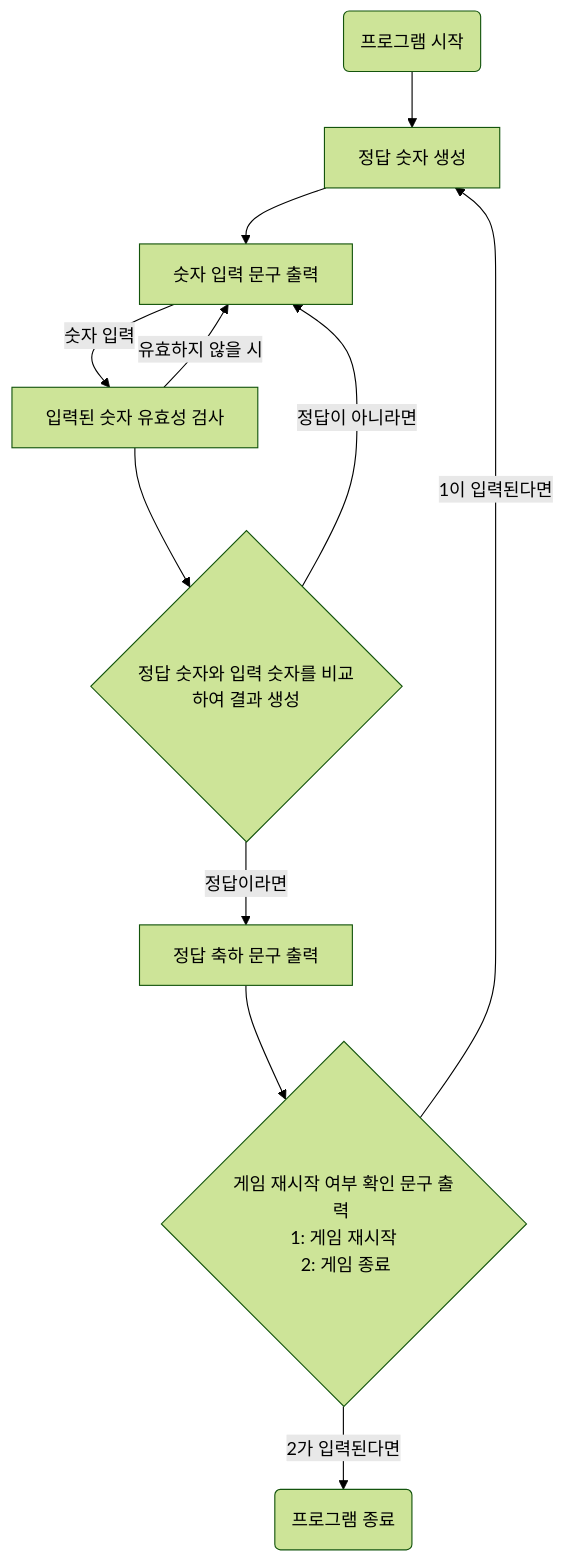
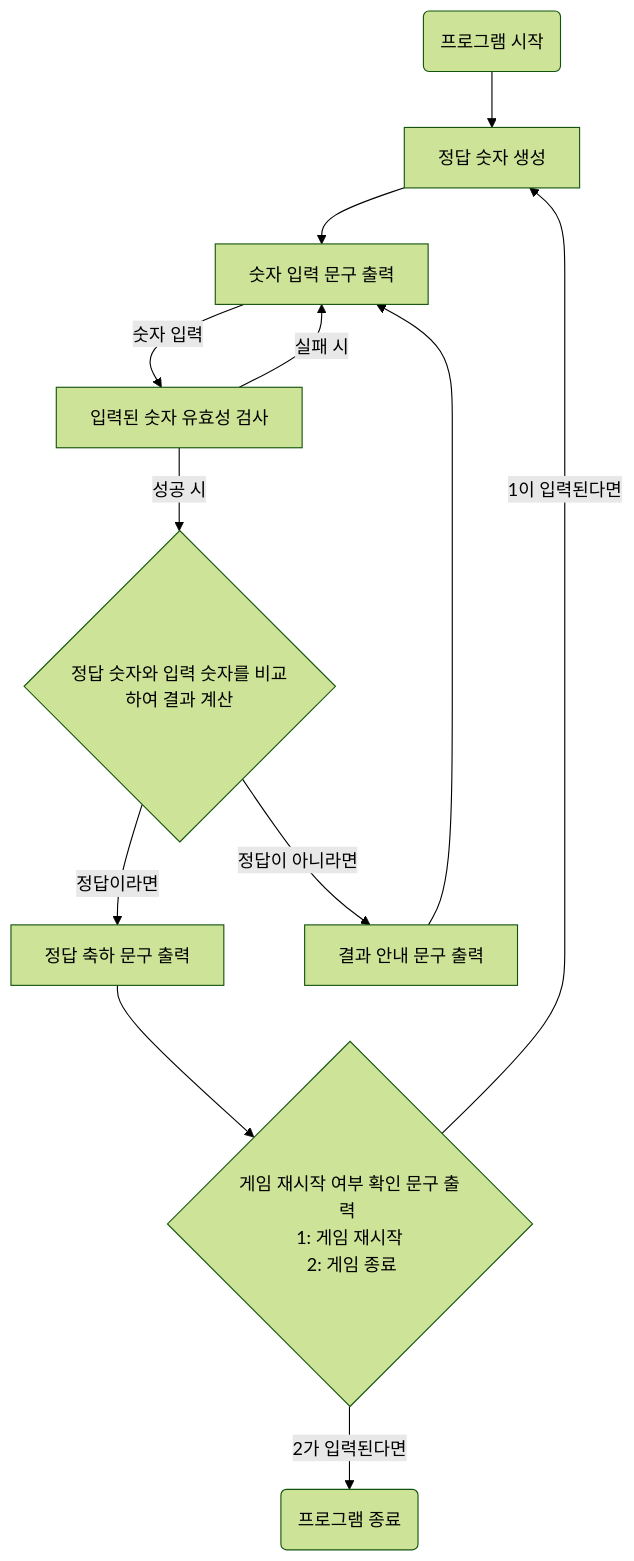
Before and after one commit to minnim1010/oop-java: the diagram in java-baseball-precourse/docs/feature.md, drawn with Mermaid (forest theme). The commit also changed other lines of this file, not shown here.

Commit message:
docs: 플로우 차트 수정

````diff
--- a/java-baseball-precourse/docs/feature.md
+++ b/java-baseball-precourse/docs/feature.md
@@ -2,17 +2,16 @@
 ```mermaid
 flowchart TD
+    A(프로그램 시작) --> B[정답 숫자 생성]
+    B --> C[숫자 입력 문구 출력]
+    C --> |숫자 입력| D[입력된 숫자 유효성 검사]
+    D --> |실패 시 | C
+    D --> |성공 시| E{정답 숫자와 입력 숫자를 비교하여 결과 계산}
+    
+    E --> |정답이라면| G[정답 축하 문구 출력]
+    G --> H{게임 재시작 여부 확인 문구 출력 <br/> 1: 게임 재시작 <br/> 2: 게임 종료}
+    H --> |1이 입력된다면| B
+    H --> |2가 입력된다면| Q(프로그램 종료)
 
-    A(프로그램 시작) --> B[정답 숫자 생성]
-    
-    B --> C[숫자 입력 문구 출력]
-    
-    C --> |숫자 입력| D[입력된 숫자 유효성 검사]
-    D --> |유효하지 않을 시| C
-    
-    D --> E{정답 숫자와 입력 숫자를 비교하여 결과 생성}
-    E --> |정답이 아니라면| C
-    E --> |정답이라면| F[정답 축하 문구 출력]
-    F --> G{게임 재시작 여부 확인 문구 출력 <br/> 1: 게임 재시작 <br/> 2: 게임 종료}
-    G --> |1이 입력된다면| B
-    G --> |2가 입력된다면| Q(프로그램 종료)
+    E --> |정답이 아니라면| F[결과 안내 문구 출력]
+    F --> C
 ```
````
